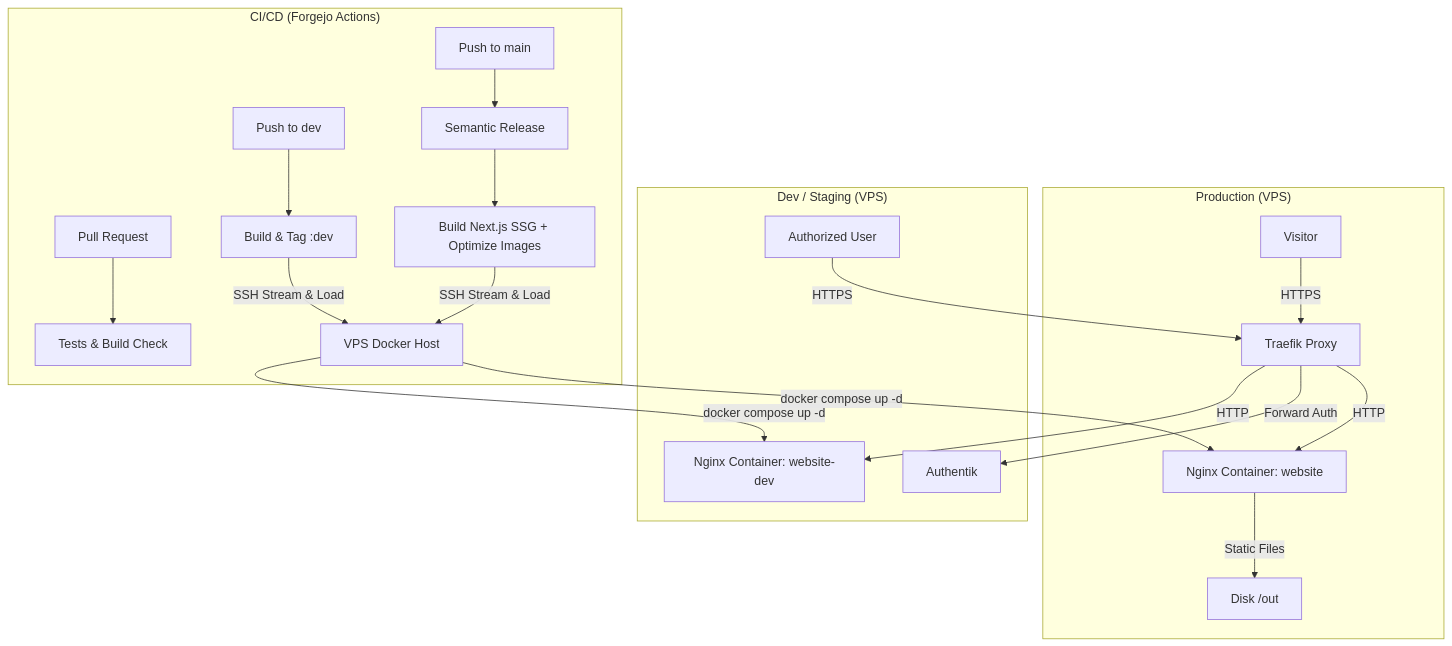
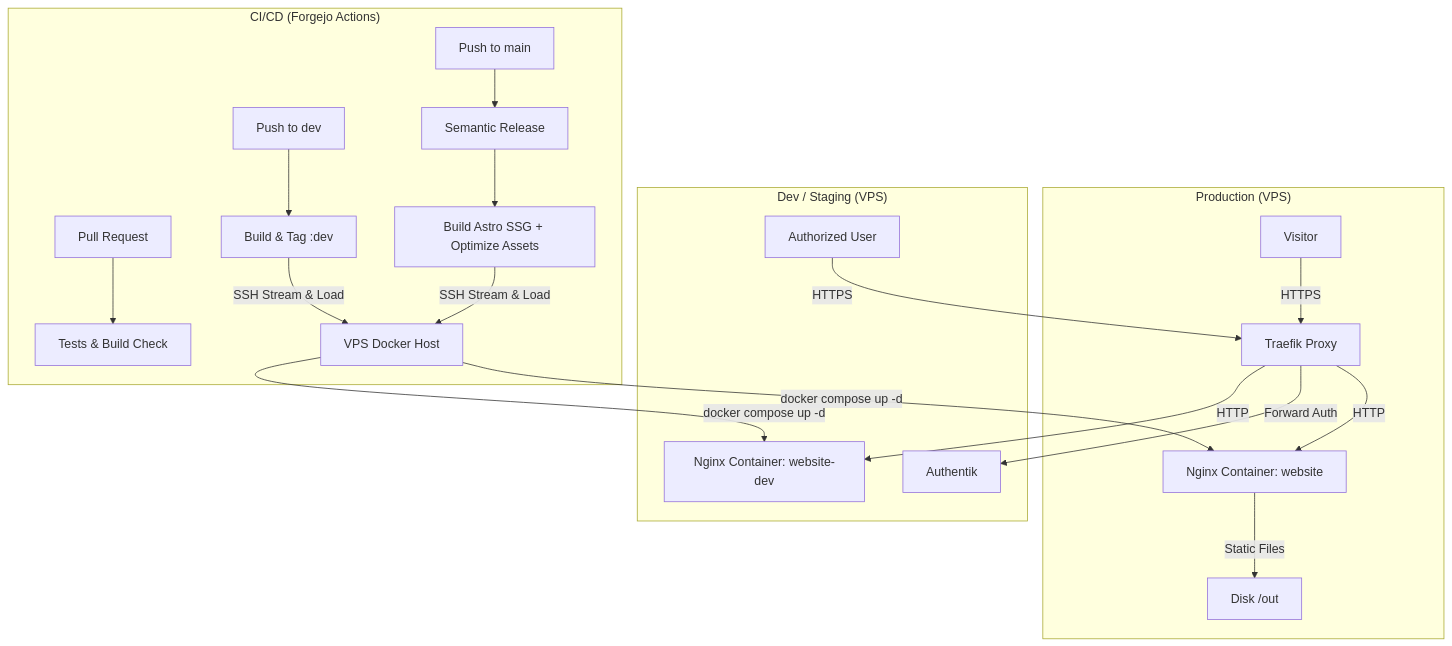
Before and after one commit to dpsg-wehr/website: the diagram in docs/ARCHITECTURE.md, drawn with Mermaid. The commit also changed other lines of this file and 69 other files, not shown here.

````diff
--- a/docs/ARCHITECTURE.md
+++ b/docs/ARCHITECTURE.md
@@ -9,25 +9,25 @@
 ```mermaid
 graph TD
     subgraph "Production (VPS)"
         User[Visitor] -->|HTTPS| Traefik[Traefik Proxy]
         Traefik -->|HTTP| Nginx[Nginx Container: website]
         Nginx -->|Static Files| Storage[Disk /out]
     end
 
     subgraph "Dev / Staging (VPS)"
         DevUser[Authorized User] -->|HTTPS| Traefik
         Traefik -->|Forward Auth| Authentik[Authentik]
         Traefik -->|HTTP| NginxDev[Nginx Container: website-dev]
     end
 
     subgraph "CI/CD (Forgejo Actions)"
         PR[Pull Request] --> Tests[Tests & Build Check]
         PushDev[Push to dev] --> DockerBuildDev[Build & Tag :dev]
         DockerBuildDev -->|SSH Stream & Load| VPS[VPS Docker Host]
         PushMain[Push to main] --> Release[Semantic Release]
-        Release --> DockerBuild[Build Next.js SSG + Optimize Images]
+        Release --> DockerBuild[Build Astro SSG + Optimize Assets]
         DockerBuild -->|SSH Stream & Load| VPS
         VPS -->|docker compose up -d| Nginx
         VPS -->|docker compose up -d| NginxDev
     end
 ```
````
